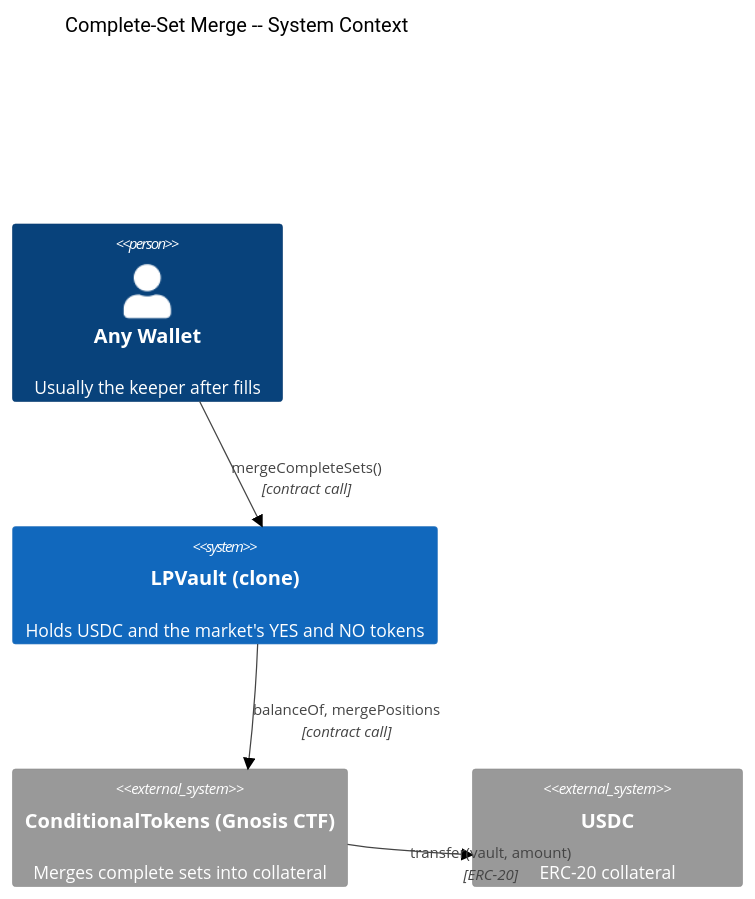
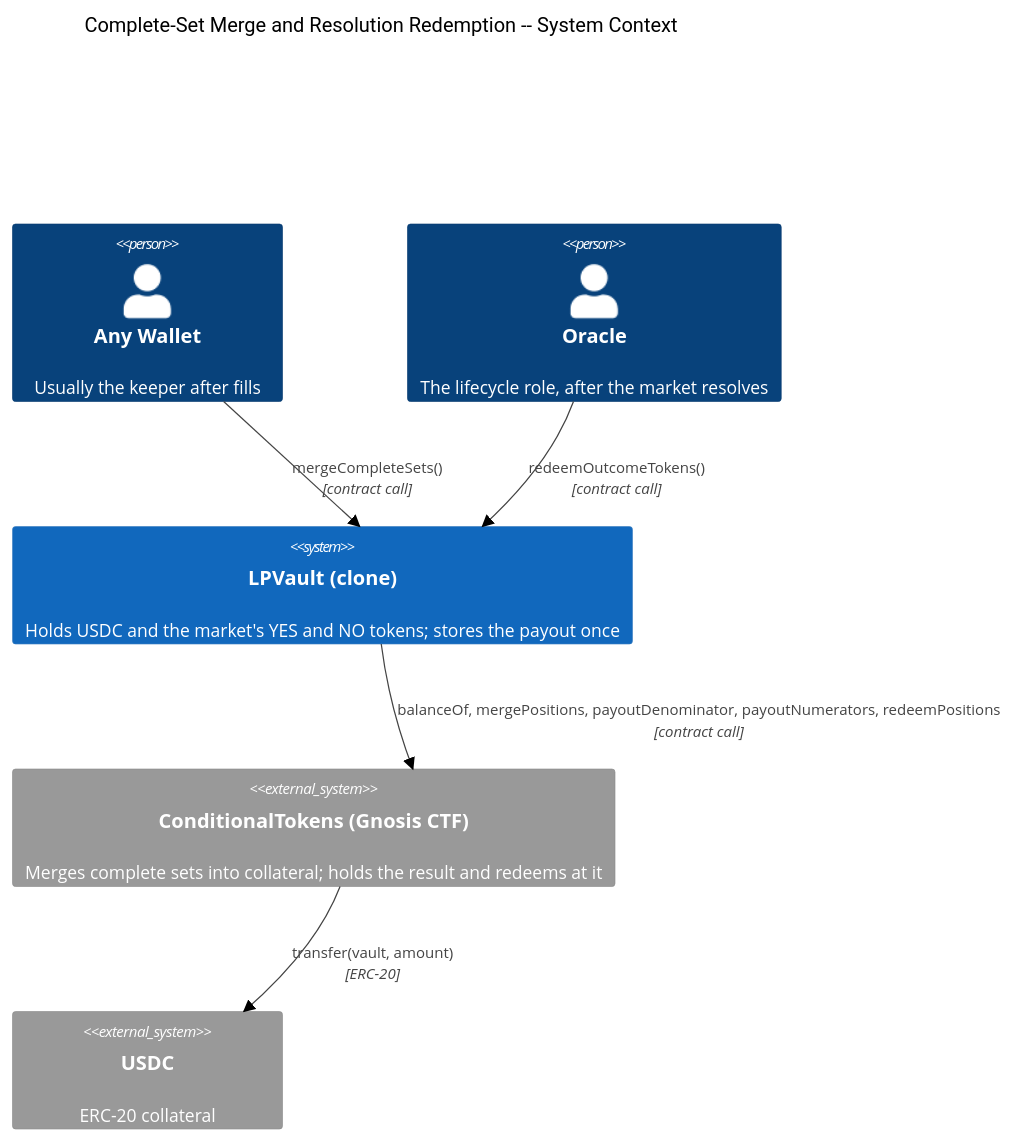
One commit to ProphetMarket/lp-vaults changed the first of 3 diagrams in specs/features/contracts/FEAT-6HBN-complete-set-merge-and-resolution/ARCHITECTURE.md. Above: the diagram before and after it, drawn with Mermaid (neutral theme). The commit also changed other lines of this file and 31 other files, not shown here.

First line of the commit message:
spec (vault): Specify the redemption and the switch

````diff
--- a/specs/features/contracts/FEAT-6HBN-complete-set-merge-and-resolution/ARCHITECTURE.md
+++ b/specs/features/contracts/FEAT-6HBN-complete-set-merge-and-resolution/ARCHITECTURE.md
@@ -15,11 +15,13 @@
 ```mermaid
 C4Context
-    title Complete-Set Merge -- System Context
+    title Complete-Set Merge and Resolution Redemption -- System Context
     Person(wallet, "Any Wallet", "Usually the keeper after fills")
-    System(vault, "LPVault (clone)", "Holds USDC and the market's YES and NO tokens")
-    System_Ext(ctf, "ConditionalTokens (Gnosis CTF)", "Merges complete sets into collateral")
+    Person(oracle, "Oracle", "The lifecycle role, after the market resolves")
+    System(vault, "LPVault (clone)", "Holds USDC and the market's YES and NO tokens; stores the payout once")
+    System_Ext(ctf, "ConditionalTokens (Gnosis CTF)", "Merges complete sets into collateral; holds the result and redeems at it")
     System_Ext(usdc, "USDC", "ERC-20 collateral")
     Rel(wallet, vault, "mergeCompleteSets()", "contract call")
-    Rel(vault, ctf, "balanceOf, mergePositions", "contract call")
+    Rel(oracle, vault, "redeemOutcomeTokens()", "contract call")
+    Rel(vault, ctf, "balanceOf, mergePositions, payoutDenominator, payoutNumerators, redeemPositions", "contract call")
     Rel(ctf, usdc, "transfer(vault, amount)", "ERC-20")
 ```
````
